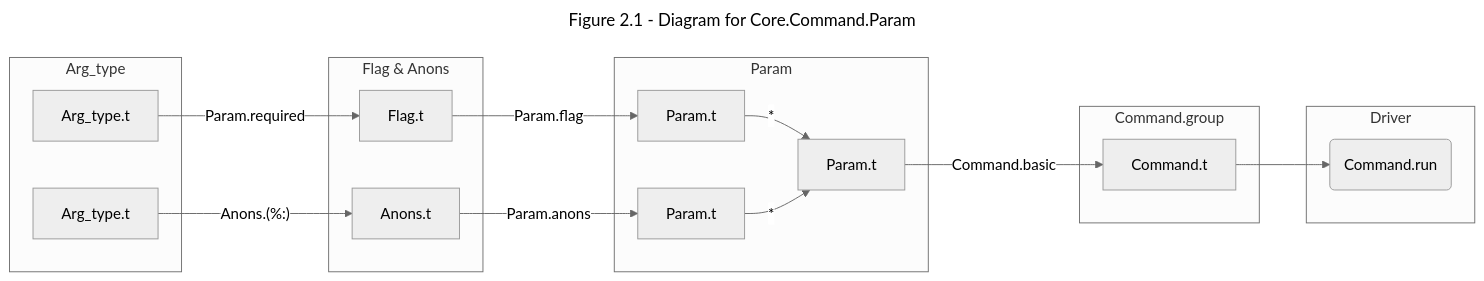
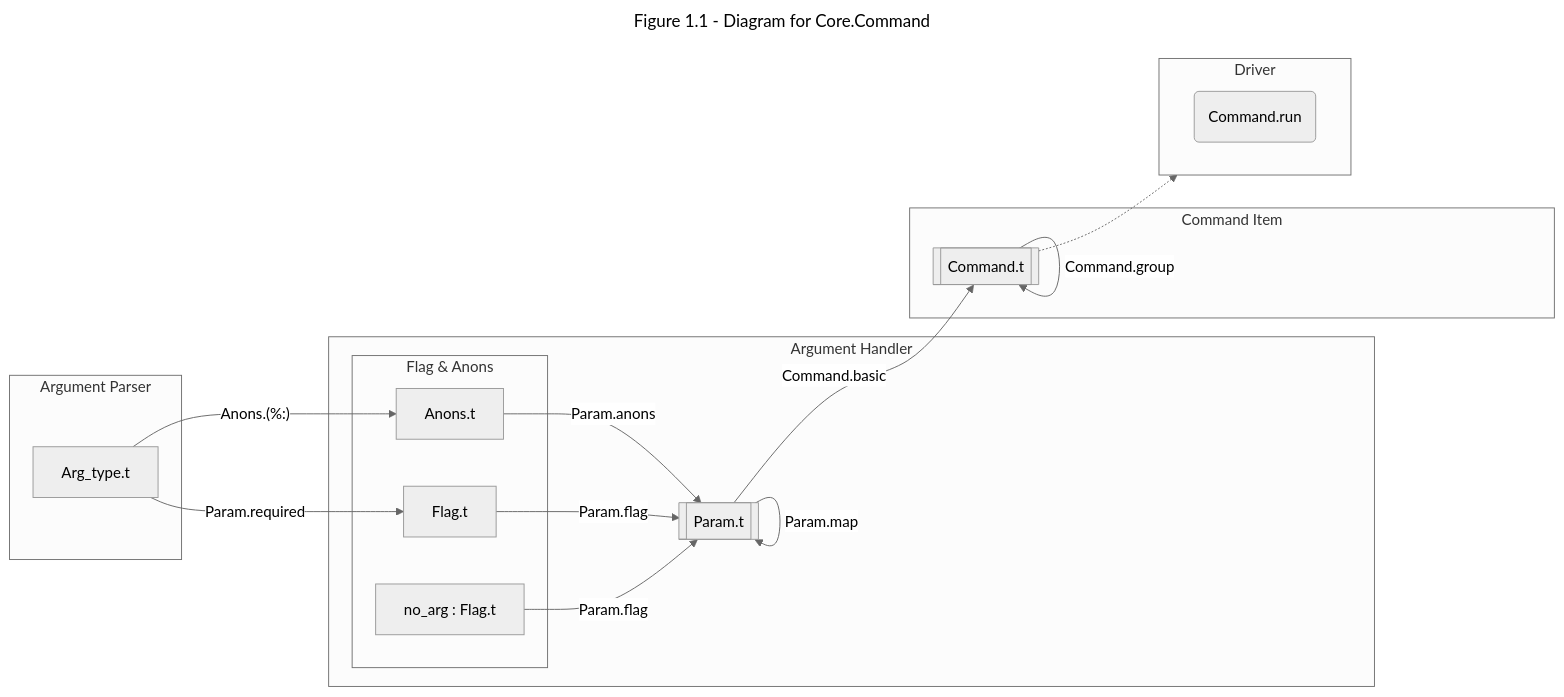
One commit to fairyland-ocaml/fairyland-ocaml.github.io changed the first of 2 diagrams in src/libraries/argparse.md. Above: the diagram before and after it, drawn with Mermaid (neutral theme). The commit also changed other lines of this file and 2 other files, not shown here.

````diff
--- a/src/libraries/argparse.md
+++ b/src/libraries/argparse.md
@@ -131,36 +64,38 @@
 ```mermaid
 ---
-title: Figure 2.1 - Diagram for Core.Command.Param
+title: Figure 1.1 - Diagram for Core.Command
 ---
 graph LR
-  subgraph at [Arg_type]
-    AT1[Arg_type.t]
-    AT2[Arg_type.t]
+  subgraph at [Argument Parser]
+    AT[Arg_type.t]
   end
 
-  subgraph fa [Flag & Anons]
-    CF1[Flag.t]
-    CA1[Anons.t]
+  subgraph sp [Argument Handler]
+    subgraph fa [Flag & Anons]
+      CA1[Anons.t]
+      CF1[Flag.t]
+      CF2[no_arg : Flag.t]
+    end
+
+    AT --> |"Anons.(%:)"| CA1
+    AT --> |Param.required| CF1
+
+    P0[[Param.t]] --> |"Param.map"| P0
+
+    CA1--> |Param.anons| P0
+    CF1 --> |Param.flag| P0
+    CF2 --> |Param.flag| P0
+  end
+  
+  subgraph sg [Command Item]
+    C0[[Command.t]] --> | Command.group | C0
   end
 
-  subgraph sp [Param]
-    AT1 --> |Param.required| CF1
-    CF1 --> |Param.flag| P1
-
-    AT2 --> |"Anons.(%:)"| CA1
-    CA1--> |Param.anons| P2
-
-    P1[Param.t] --> |*| P0[Param.t]
-    P2[Param.t] --> |*| P0[Param.t]
-  end
   P0 --> |Command.basic| C0
 
-  subgraph sg [Command.group]
-    C0[Command.t]
-  end
-
   subgraph sd [Driver]
+    direction LR
     Cr(Command.run)
-    C0 --> Cr
+    C0 -.-> Cr
   end
 ```
````
